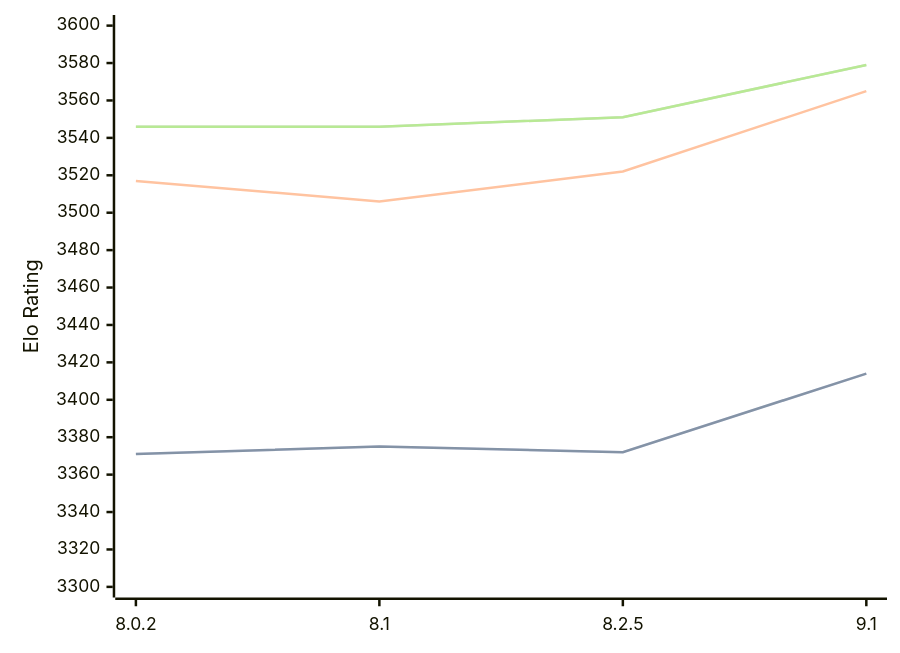
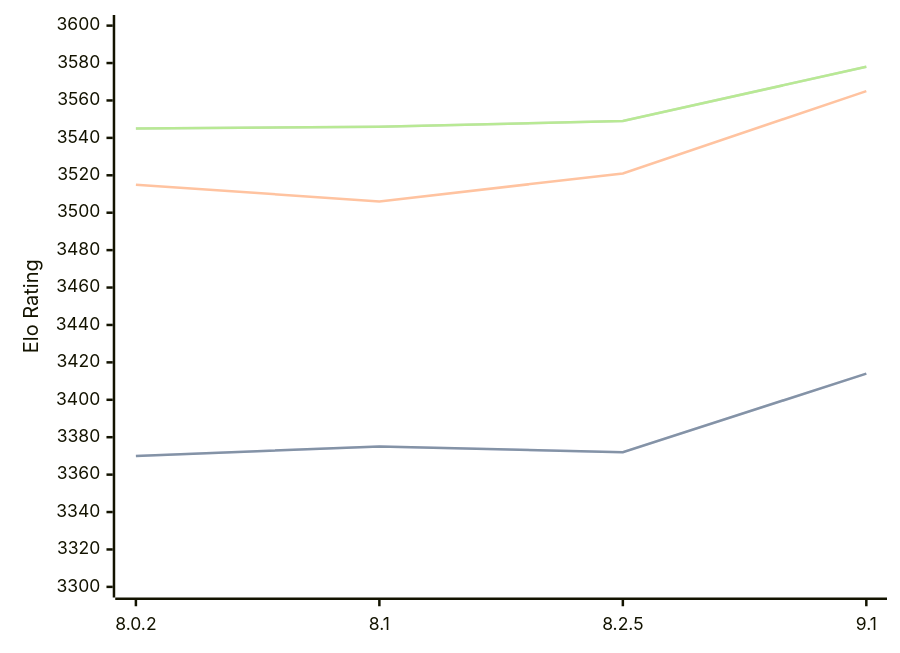
The diagram in engines/Clover.md (computer-chess-index/cci), drawn with Mermaid before and after one commit. The commit also changed other lines of this file, not shown here.

Commit message:
Update CCI Ratings (ELO VLTC) - 2026-04-17

````diff
--- a/engines/Clover.md
+++ b/engines/Clover.md
@@ -64,11 +64,11 @@
 ```mermaid
 %%{init: {"theme":"base","themeVariables":{"seriesColors:['#a3a3a3','#222221','#faa371']}}}%%
 xychart-beta
   x-axis ["8.0.2", "8.1", "8.2.5", "9.1"]
   y-axis "Elo Rating" 3300 --> 3600
-  line "STC (8.0+0.08s)" [3371, 3375, 3372, 3414]
-  line "STC (8.0+0.08s)" [3371, 3375, 3372, 3414]
-  line "LTC (60.0+0.60s)" [3517, 3506, 3522, 3565]
-  line "VLTC (2m24s+1.12s)" [3546, 3546, 3551, 3579]
-  line "VLTC (2m24s+1.12s)" [3546, 3546, 3551, 3579]
+  line "STC (8.0+0.08s)" [3370, 3375, 3372, 3414]
+  line "STC (8.0+0.08s)" [3370, 3375, 3372, 3414]
+  line "LTC (60.0+0.60s)" [3515, 3506, 3521, 3565]
+  line "VLTC (2m24s+1.12s)" [3545, 3546, 3549, 3578]
+  line "VLTC (2m24s+1.12s)" [3545, 3546, 3549, 3578]
 ```
````
